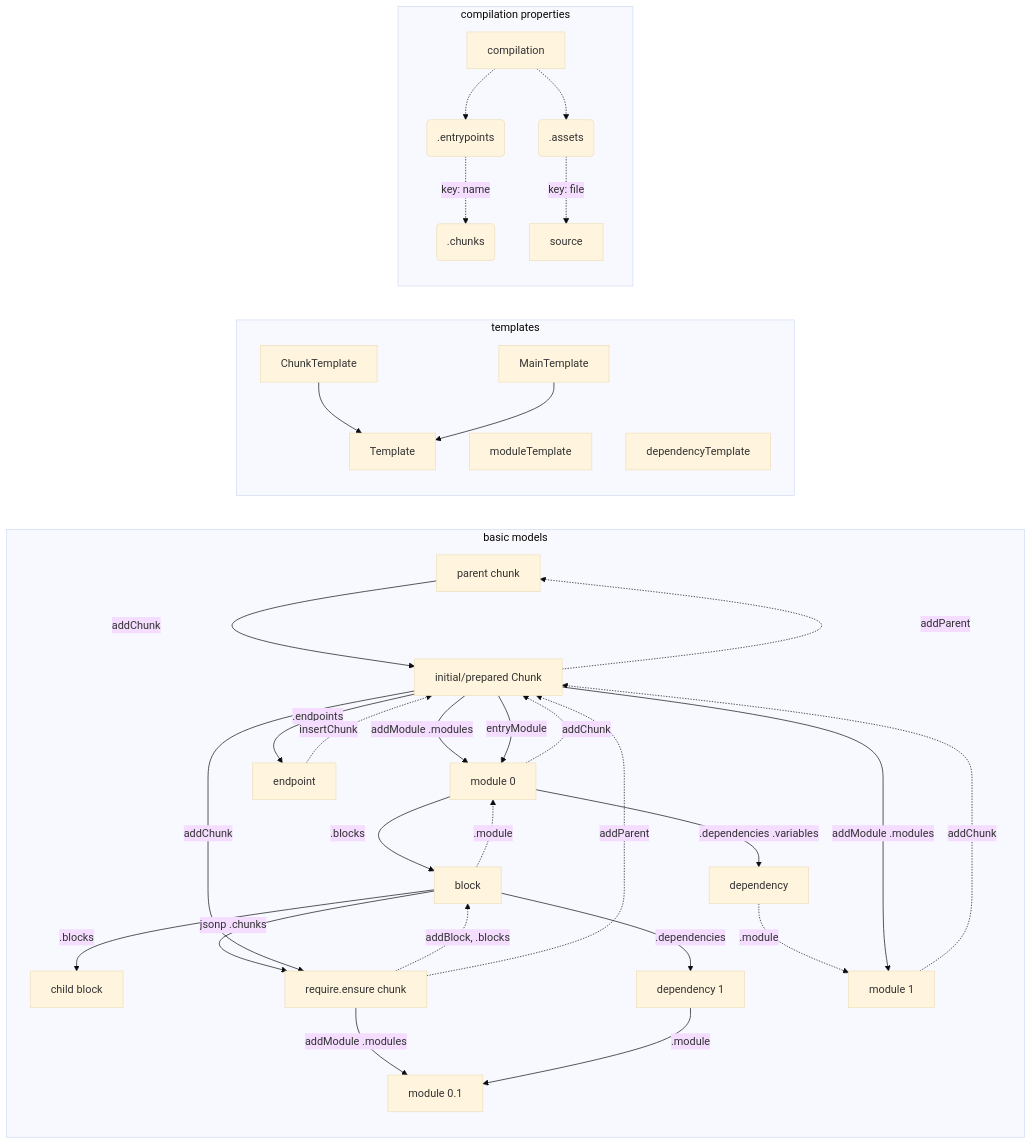
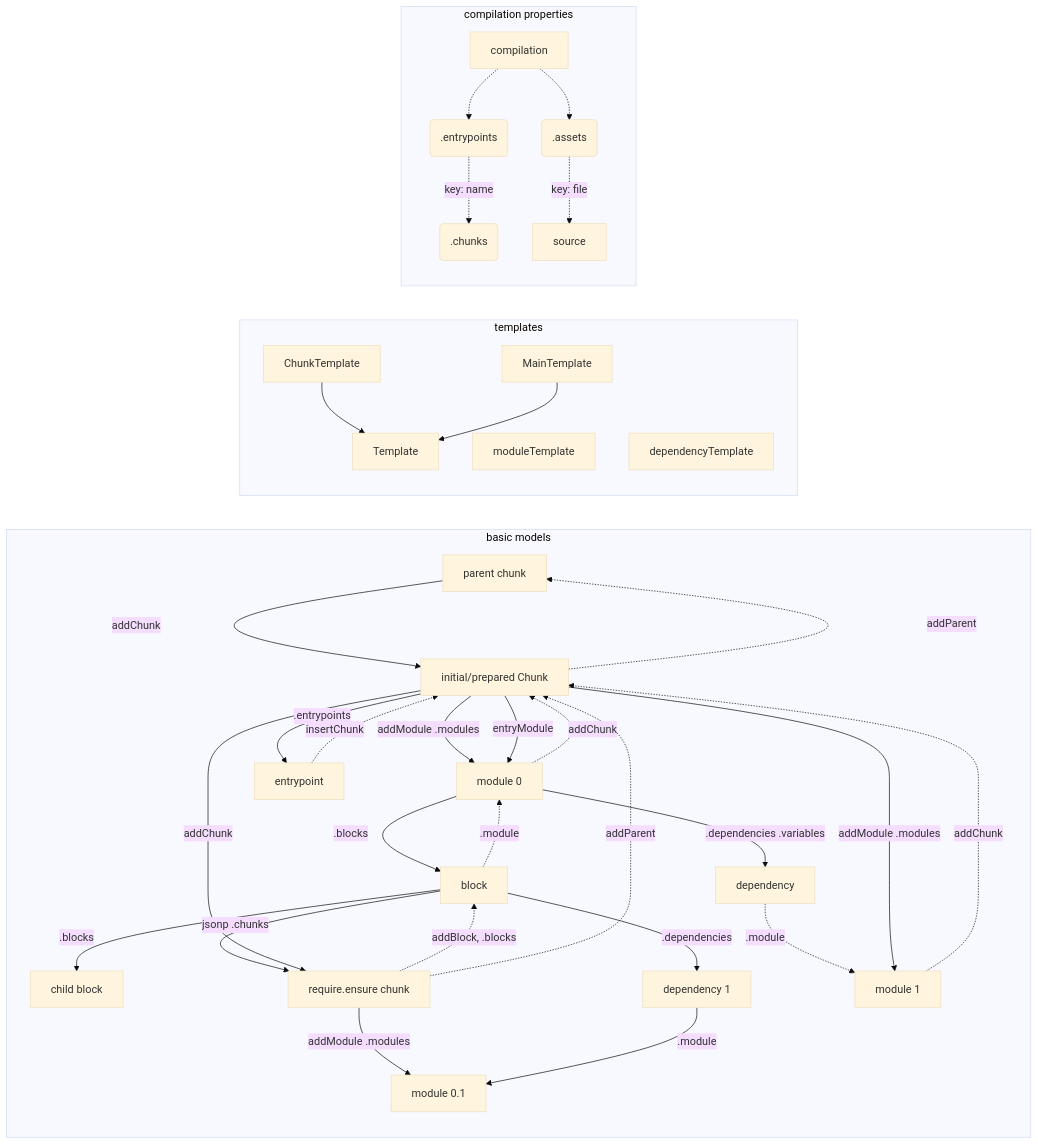
Before and after one commit to liujingbreak/dr-comp-package-poc: the diagram in src/internal/compile/webpack2-builder/doc/chunk-module-block.mmd, drawn with Mermaid (base theme). The commit also changed 220 other files, not shown here.

```diff
--- a/src/internal/compile/webpack2-builder/doc/chunk-module-block.mmd
+++ b/src/internal/compile/webpack2-builder/doc/chunk-module-block.mmd
@@ -1,44 +1,44 @@
 graph LR;
 subgraph basic models
 pChunk["parent chunk"] --> |addChunk| chunk
 chunk["initial/prepared Chunk"] --> |addModule .modules| module["module 0"]
 chunk -->|entryModule| module
 chunk -.-> |addParent| pChunk
 
 module -.-> |addChunk| chunk
-chunk --> |.endpoints| endpoint
-endpoint -.-> |insertChunk| chunk
+chunk --> |.entrypoints| entrypoint
+entrypoint -.-> |insertChunk| chunk
 module --> |.blocks|block
 block -.-> |.module|module
 
 block --> |.blocks| cBlock["child block"]
 
 block --> |jsonp .chunks|chunk0["require.ensure chunk"]
 chunk0 -.-> |addBlock, .blocks| block
 chunk0 -.-> |addParent| chunk
 chunk --> |addChunk| chunk0
 chunk0 --> |addModule .modules| module01["module 0.1"]
 
 module --> |.dependencies .variables| dependency
 block --> |.dependencies| dependency1["dependency 1"]
 dependency1 --> |.module| module01
 
 dependency -.-> |.module| module1["module 1"]
 module1 -.-> |addChunk| chunk
 chunk --> |addModule .modules| module1
 end
 
 subgraph templates
 Template
 ChunkTemplate --> Template
 MainTemplate --> Template
 moduleTemplate
 dependencyTemplate
 end
 
 subgraph compilation properties
 compilation -.-> entrypoints(".entrypoints")
 entrypoints -.-> |key: name|chunks(".chunks")
 compilation -.-> assets(".assets")
 assets -.-> |key: file|source
 end
```
